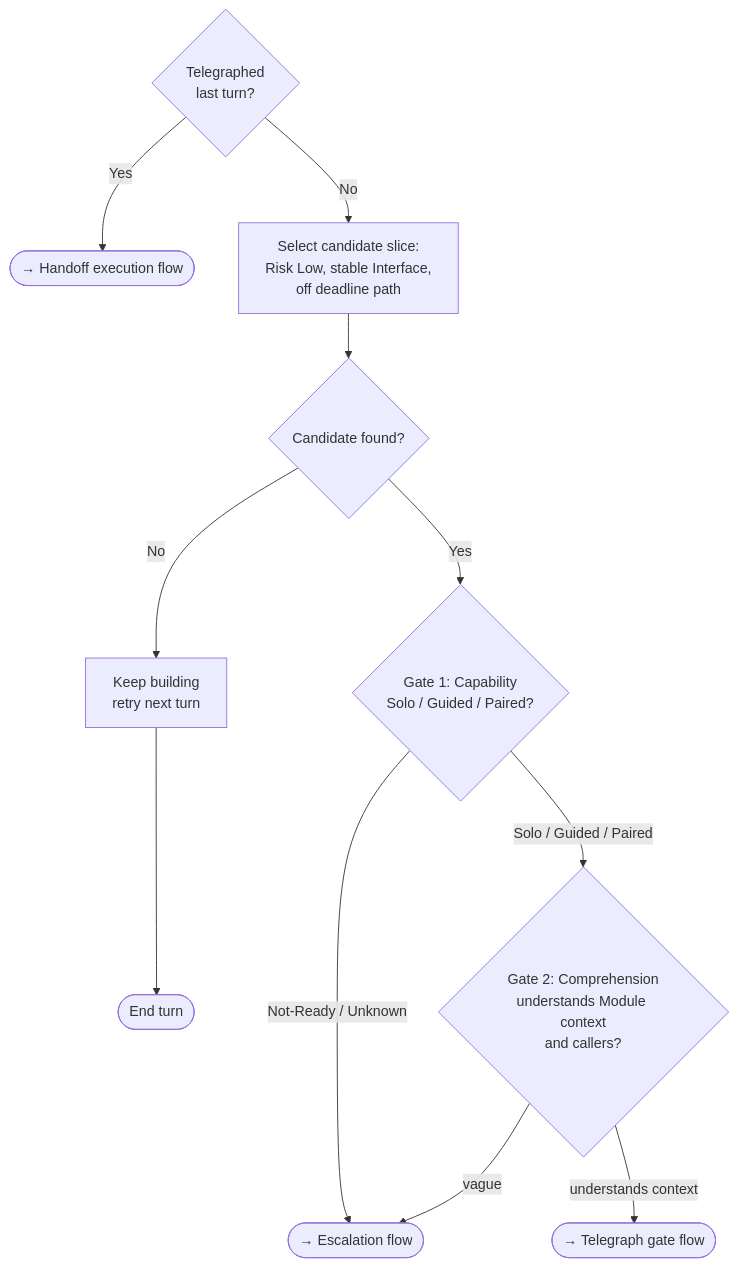
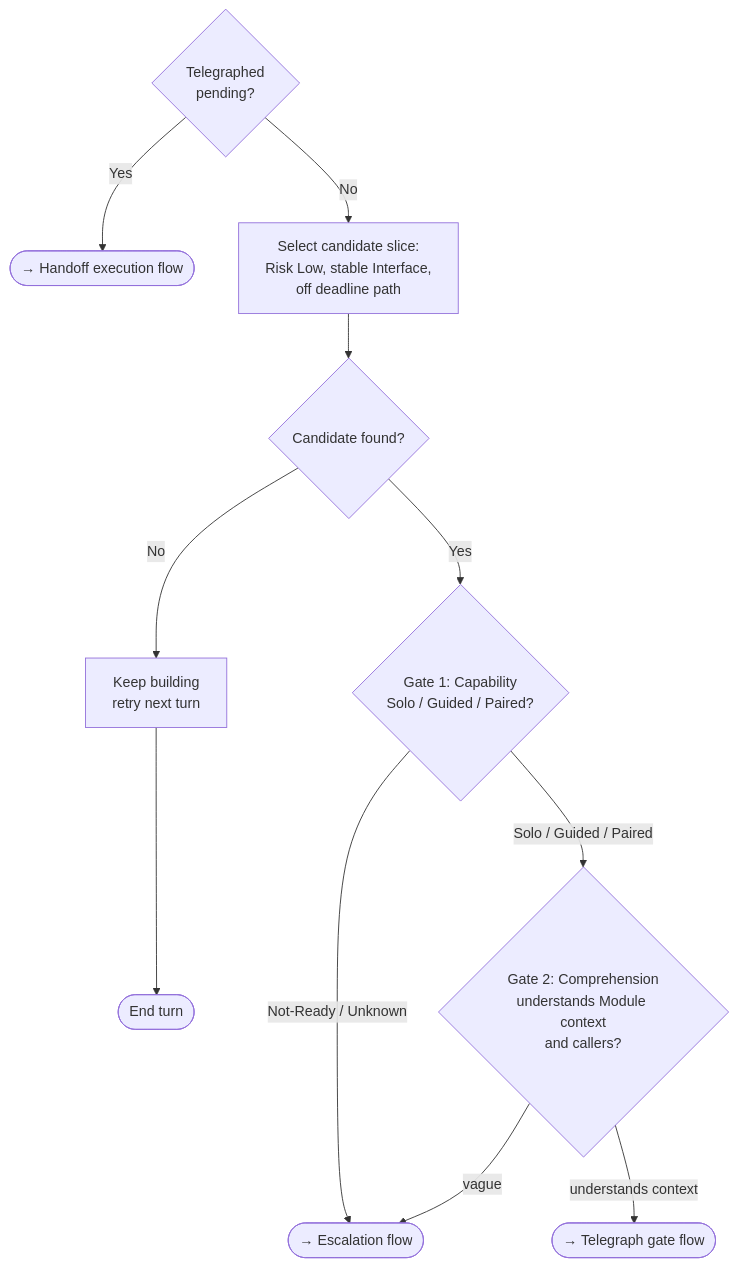
The third of 6 diagrams in skills/vibe-code-antidote/SKILL.md (MegaByteMark/skills-to-pay-the-ai-bills), drawn with Mermaid before and after one commit. The commit also changed other lines of this file, not shown here.

````diff
--- a/skills/vibe-code-antidote/SKILL.md
+++ b/skills/vibe-code-antidote/SKILL.md
@@ -98,13 +98,13 @@
 ```mermaid
 flowchart TD
-    ENTRY{Telegraphed<br>last turn?} -->|Yes| EXEC([→ Handoff execution flow])
+    ENTRY{Telegraphed<br>pending?} -->|Yes| EXEC([→ Handoff execution flow])
     ENTRY -->|No| SELECT[Select candidate slice:<br>Risk Low, stable Interface,<br>off deadline path]
     SELECT --> FOUND{Candidate found?}
     FOUND -->|No| KEEP[Keep building<br>retry next turn]
     FOUND -->|Yes| G1{Gate 1: Capability<br>Solo / Guided / Paired?}
     G1 -->|Not-Ready / Unknown| ESC([→ Escalation flow])
     G1 -->|Solo / Guided / Paired| G2{Gate 2: Comprehension<br>understands Module context<br>and callers?}
     G2 -->|vague| ESC
     G2 -->|understands context| TELE([→ Telegraph gate flow])
     KEEP --> END([End turn])
 ```
````
